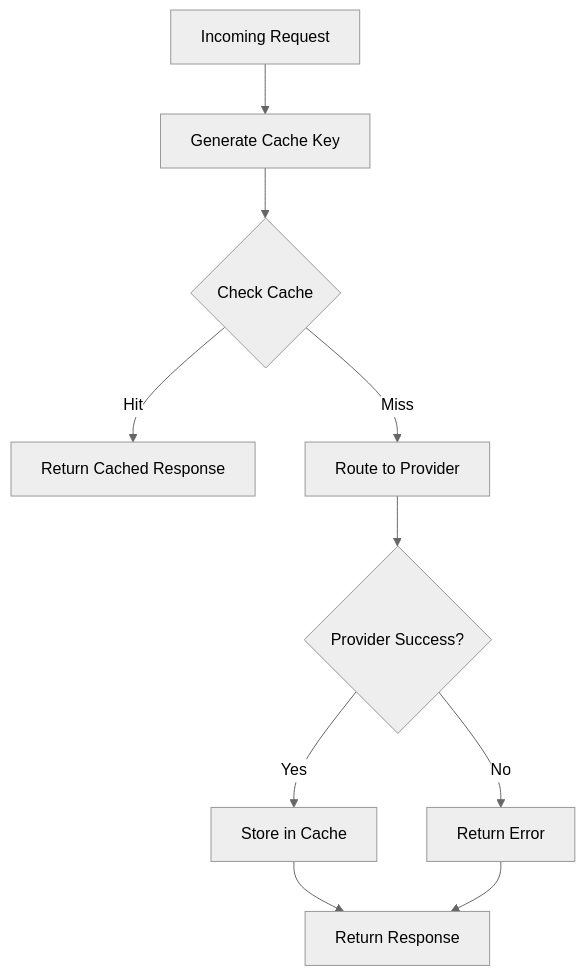
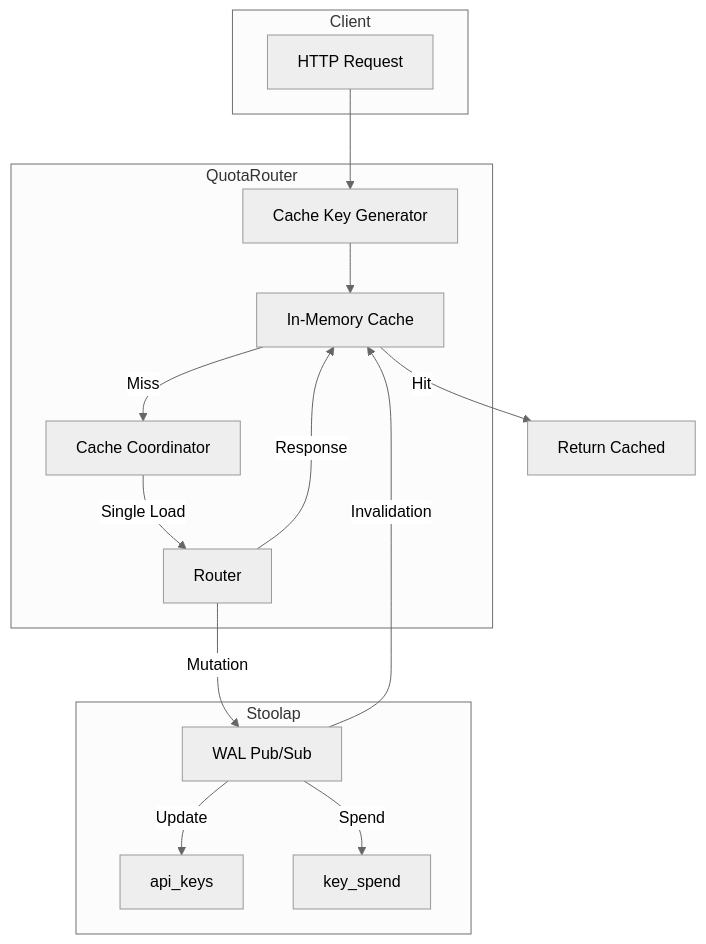
The diagram in rfcs/draft/economics/0906-response-caching.md (CipherOcto/cipherocto), drawn with Mermaid (neutral theme) before and after one commit. The commit also changed other lines of this file, not shown here.

````diff
--- a/rfcs/draft/economics/0906-response-caching.md
+++ b/rfcs/draft/economics/0906-response-caching.md
@@ -156,12 +305,30 @@
 ```mermaid
 flowchart TD
-    A[Incoming Request] --> B[Generate Cache Key]
-    B --> C{Check Cache}
-    C -->|Hit| D[Return Cached Response]
-    C -->|Miss| E[Route to Provider]
-    E --> F{Provider Success?}
-    F -->|Yes| G[Store in Cache]
-    F -->|No| H[Return Error]
-    G --> I[Return Response]
-    H --> I
+    subgraph Client
+        A[HTTP Request]
+    end
+
+    subgraph QuotaRouter
+        B[Cache Key Generator]
+        C[In-Memory Cache]
+        D[Cache Coordinator]
+        E[Router]
+    end
+
+    subgraph Stoolap
+        F[api_keys]
+        G[key_spend]
+        H[WAL Pub/Sub]
+    end
+
+    A --> B
+    B --> C
+    C -->|Hit| I[Return Cached]
+    C -->|Miss| D
+    D -->|Single Load| E
+    E -->|Response| C
+    E -->|Mutation| H
+    H -->|Invalidation| C
+    H -->|Update| F
+    H -->|Spend| G
 ```
````
